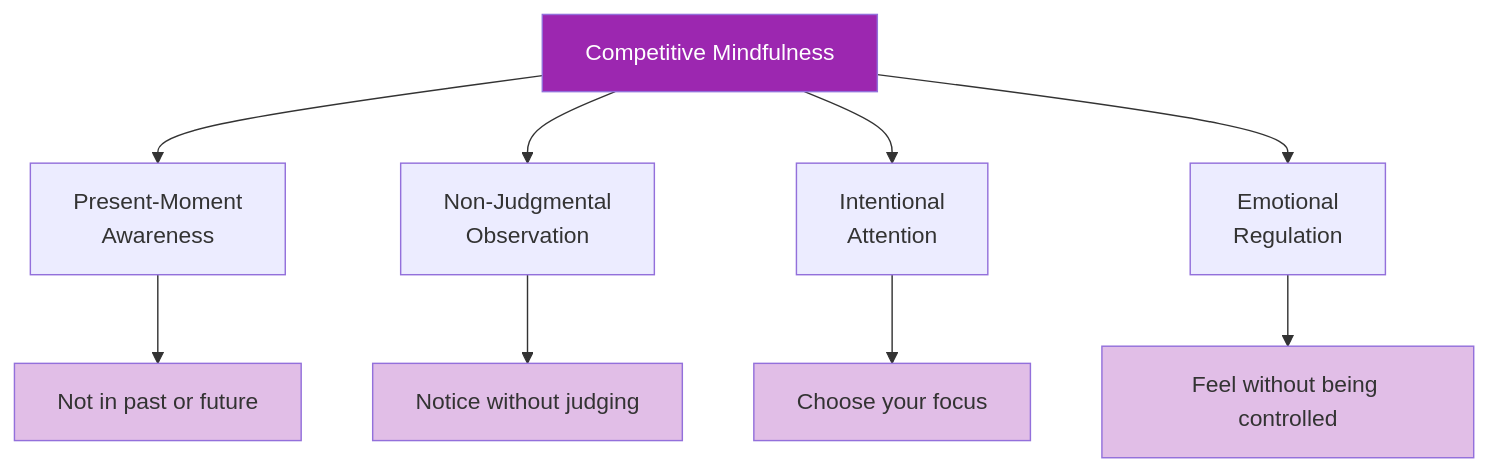
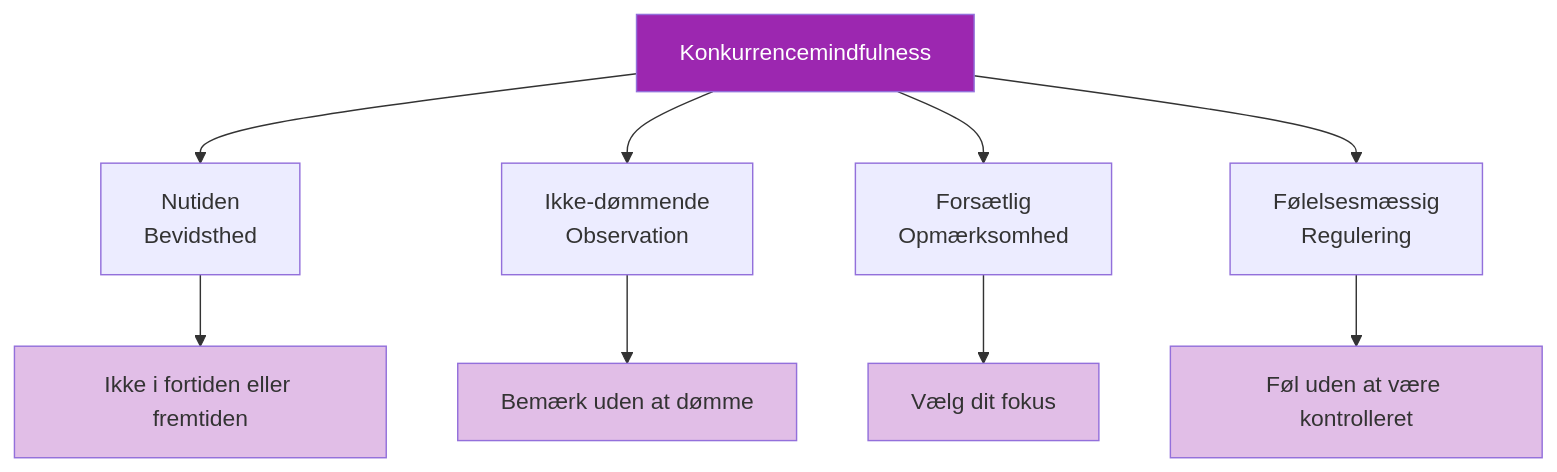
The diagram in docs/da/articles/mindfulness-competition.md (patwii/petanque-academy), drawn with Mermaid before and after one commit. The commit also changed other lines of this file and 550 other files, not shown here.

````diff
--- a/docs/da/articles/mindfulness-competition.md
+++ b/docs/da/articles/mindfulness-competition.md
@@ -20,18 +20,18 @@
 ```mermaid
 flowchart TD
-    A[Competitive Mindfulness] --> B[Present-Moment<br/>Awareness]
-    A --> C[Non-Judgmental<br/>Observation]
-    A --> D[Intentional<br/>Attention]
-    A --> E[Emotional<br/>Regulation]
+    A[Konkurrencemindfulness] --> B[Nutiden <br/> Bevidsthed]
+    A --> C[Ikke-dømmende <br/> Observation]
+    A --> D[Forsætlig <br/> Opmærksomhed]
+    A --> E[Følelsesmæssig <br/> Regulering]
 
-    B --> F[Not in past or future]
-    C --> G[Notice without judging]
-    D --> H[Choose your focus]
-    E --> I[Feel without being controlled]
+    B --> F[Ikke i fortiden eller fremtiden]
+    C --> G[Bemærk uden at dømme]
+    D --> H[Vælg dit fokus]
+    E --> I[Føl uden at være kontrolleret]
 
     style A fill:#9C27B0,color:#fff
     style F fill:#e1bee7
     style G fill:#e1bee7
     style H fill:#e1bee7
     style I fill:#e1bee7
 ```
````
